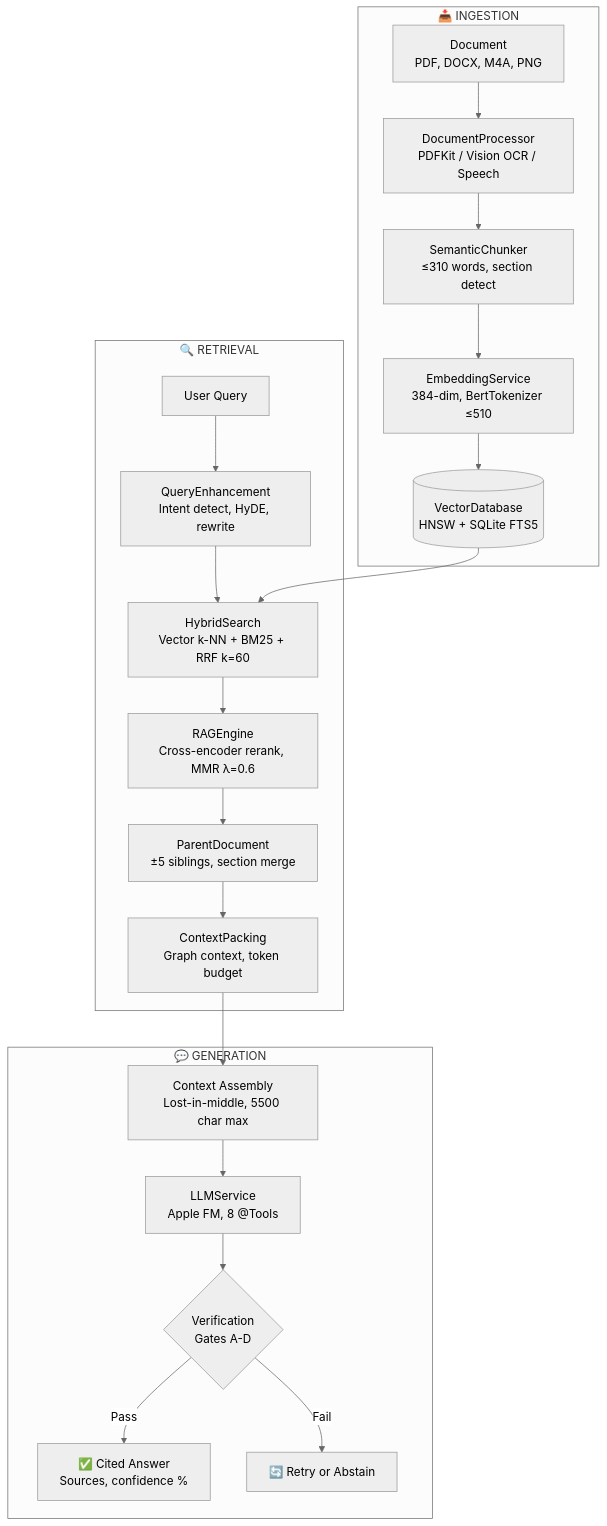
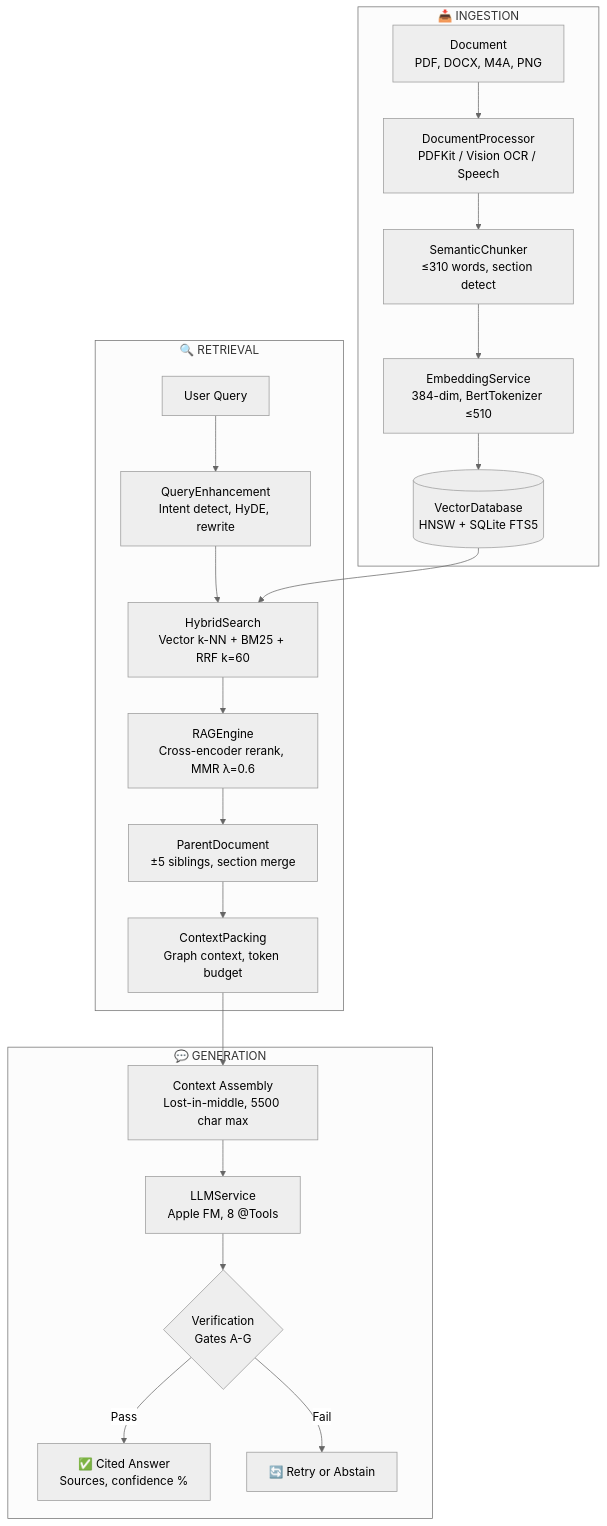
Before and after one commit to Gunnarguy/Gunnarguy-Portfolio: the diagram in projects/openintelligence/docs/README.md, drawn with Mermaid (neutral theme). The commit also changed other lines of this file and 8 other files, not shown here.

````diff
--- a/projects/openintelligence/docs/README.md
+++ b/projects/openintelligence/docs/README.md
@@ -360,27 +364,27 @@
 ```mermaid
 flowchart TD
     subgraph ING[" 📥 INGESTION "]
         A[Document<br/>PDF, DOCX, M4A, PNG] --> B[DocumentProcessor<br/>PDFKit / Vision OCR / Speech]
         B --> C[SemanticChunker<br/>≤310 words, section detect]
         C --> D[EmbeddingService<br/>384-dim, BertTokenizer ≤510]
         D --> E[(VectorDatabase<br/>HNSW + SQLite FTS5)]
     end
 
     subgraph RET[" 🔍 RETRIEVAL "]
         F[User Query] --> G[QueryEnhancement<br/>Intent detect, HyDE, rewrite]
         G --> H[HybridSearch<br/>Vector k-NN + BM25 + RRF k=60]
         H --> I[RAGEngine<br/>Cross-encoder rerank, MMR λ=0.6]
         I --> J[ParentDocument<br/>±5 siblings, section merge]
         J --> K[ContextPacking<br/>Graph context, token budget]
     end
 
     subgraph GEN[" 💬 GENERATION "]
         L[Context Assembly<br/>Lost-in-middle, 5500 char max] --> M[LLMService<br/>Apple FM, 8 @Tools]
-        M --> N{Verification<br/>Gates A-D}
+        M --> N{Verification<br/>Gates A-G}
         N -->|Pass| O[✅ Cited Answer<br/>Sources, confidence %]
         N -->|Fail| P[🔄 Retry or Abstain]
     end
 
     E --> H
     K --> L
 ```
````
